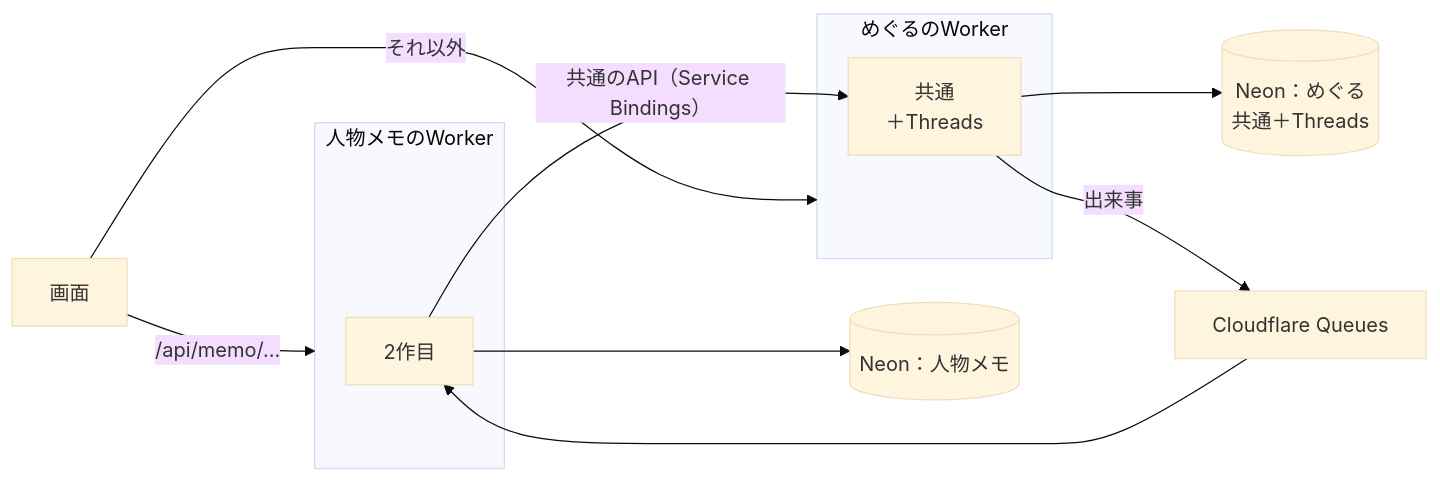
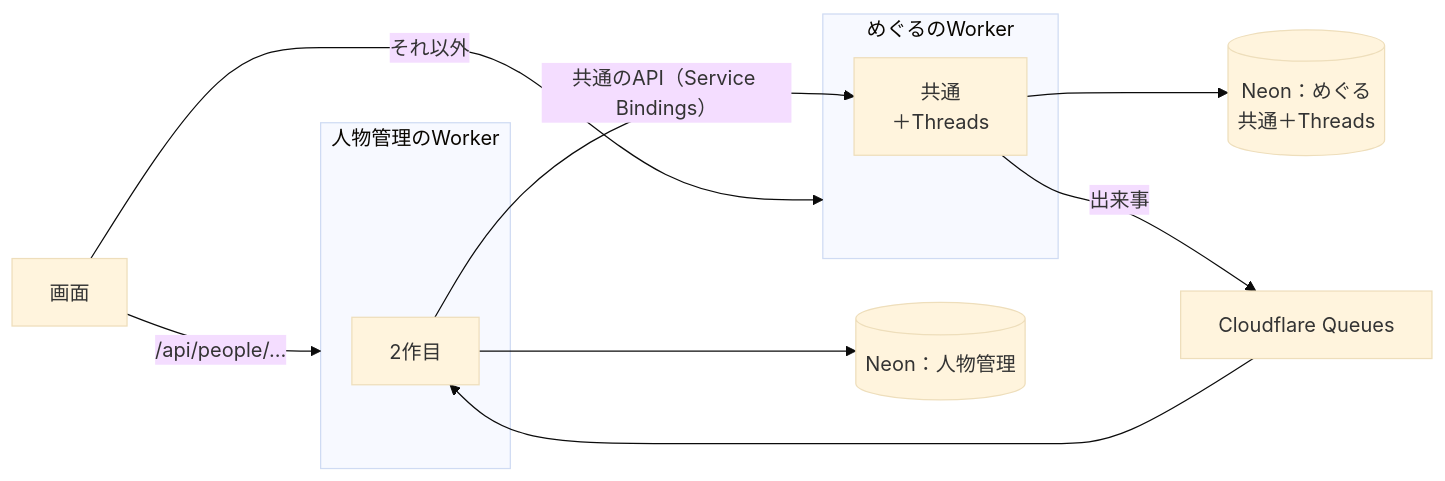
Before and after one commit to takumi-okuya-dev/meguru-app: the fifth of 5 diagrams in docs/app-separation.md, drawn with Mermaid (base theme). The commit also changed other lines of this file and 19 other files, not shown here.

````diff
--- a/docs/app-separation.md
+++ b/docs/app-separation.md
@@ -201,21 +201,21 @@
 ```mermaid
 flowchart LR
   web["画面"]
   subgraph core["めぐるのWorker"]
     platform2["共通<br/>＋Threads"]
   end
-  subgraph memoWorker["人物メモのWorker"]
+  subgraph memoWorker["人物管理のWorker"]
     memo2["2作目"]
   end
   queue2["Cloudflare Queues"]
   db1[("Neon：めぐる<br/>共通＋Threads")]
-  db2[("Neon：人物メモ")]
+  db2[("Neon：人物管理")]
 
-  web -- "/api/memo/…" --> memoWorker
+  web -- "/api/people/…" --> memoWorker
   web -- "それ以外" --> core
   memo2 -- "共通のAPI（Service Bindings）" --> platform2
   platform2 --> db1
   memo2 --> db2
   platform2 -- "出来事" --> queue2
   queue2 --> memo2
 ```
````
